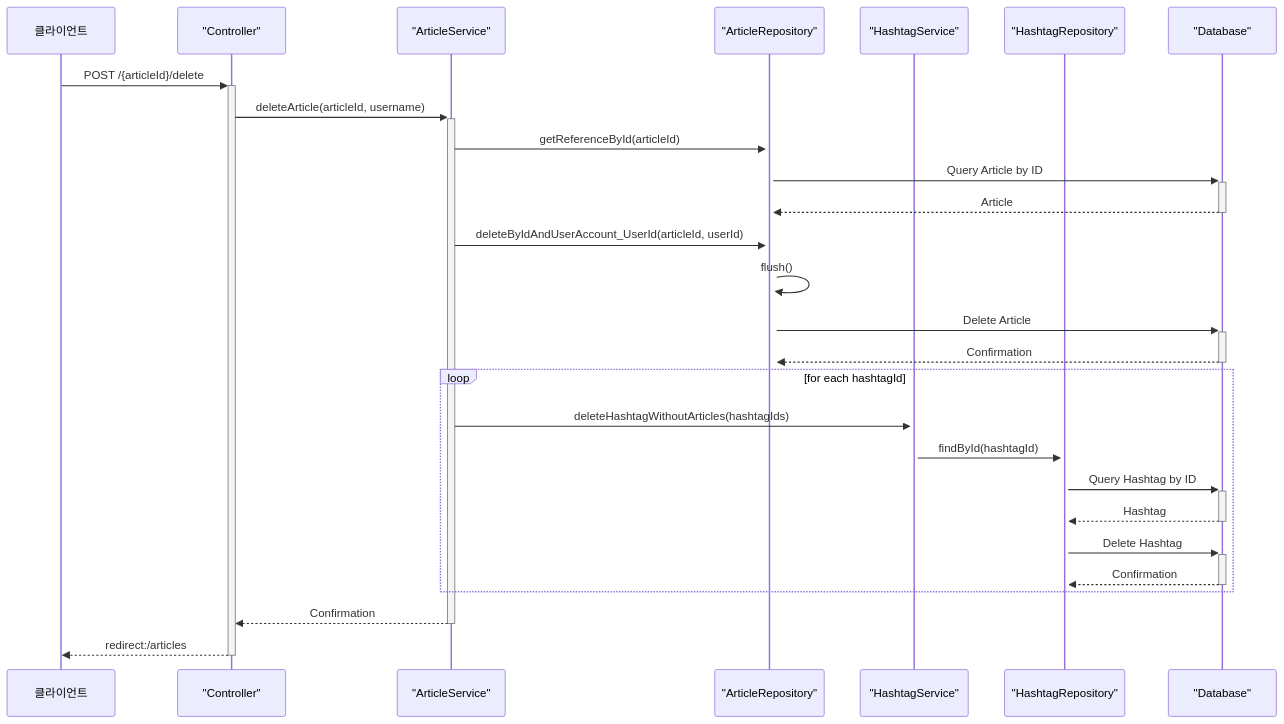
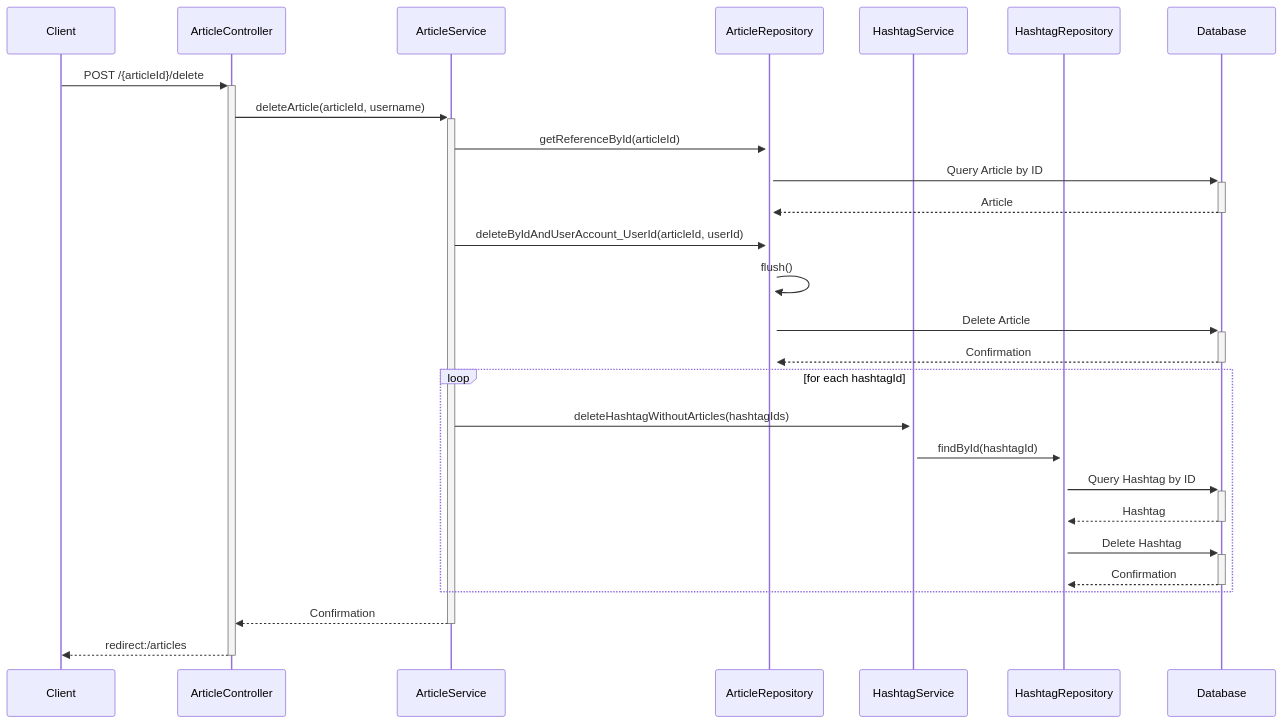
Before and after one commit to flyingRKO/study-project: the seventh of 9 diagrams in README.md, drawn with Mermaid. The commit also changed other lines of this file, not shown here.

````diff
--- a/README.md
+++ b/README.md
@@ -224,30 +214,30 @@
 ```mermaid
 sequenceDiagram
-    participant 클라이언트
-    participant 컨트롤러 as "Controller"
-    participant 아티클서비스 as "ArticleService"
-    participant 아티클리포지토리 as "ArticleRepository"
-    participant 해시태그서비스 as "HashtagService"
-    participant 해시태그리포지토리 as "HashtagRepository"
-    participant 데이터베이스 as "Database"
-
+    participant 클라이언트 as Client
+    participant 컨트롤러 as ArticleController
+    participant 아티클서비스 as ArticleService
+    participant 아티클리포지토리 as ArticleRepository
+    participant 해시태그서비스 as HashtagService
+    participant 해시태그리포지토리 as HashtagRepository
+    participant 데이터베이스 as Database
+    
     클라이언트->>+컨트롤러: POST /{articleId}/delete
     컨트롤러->>+아티클서비스: deleteArticle(articleId, username)
     아티클서비스->>+아티클리포지토리: getReferenceById(articleId)
     아티클리포지토리->>+데이터베이스: Query Article by ID
     데이터베이스-->>-아티클리포지토리: Article
     아티클서비스->>+아티클리포지토리: deleteByIdAndUserAccount_UserId(articleId, userId)
     아티클리포지토리->>아티클리포지토리: flush()
     아티클리포지토리->>+데이터베이스: Delete Article
     데이터베이스-->>-아티클리포지토리: Confirmation
     loop for each hashtagId
         아티클서비스->>+해시태그서비스: deleteHashtagWithoutArticles(hashtagIds)
         해시태그서비스->>+해시태그리포지토리: findById(hashtagId)
         해시태그리포지토리->>+데이터베이스: Query Hashtag by ID
         데이터베이스-->>-해시태그리포지토리: Hashtag
         해시태그리포지토리->>+데이터베이스: Delete Hashtag
         데이터베이스-->>-해시태그리포지토리: Confirmation
     end
     아티클서비스-->>-컨트롤러: Confirmation
     컨트롤러-->>-클라이언트: redirect:/articles
 ```
````
